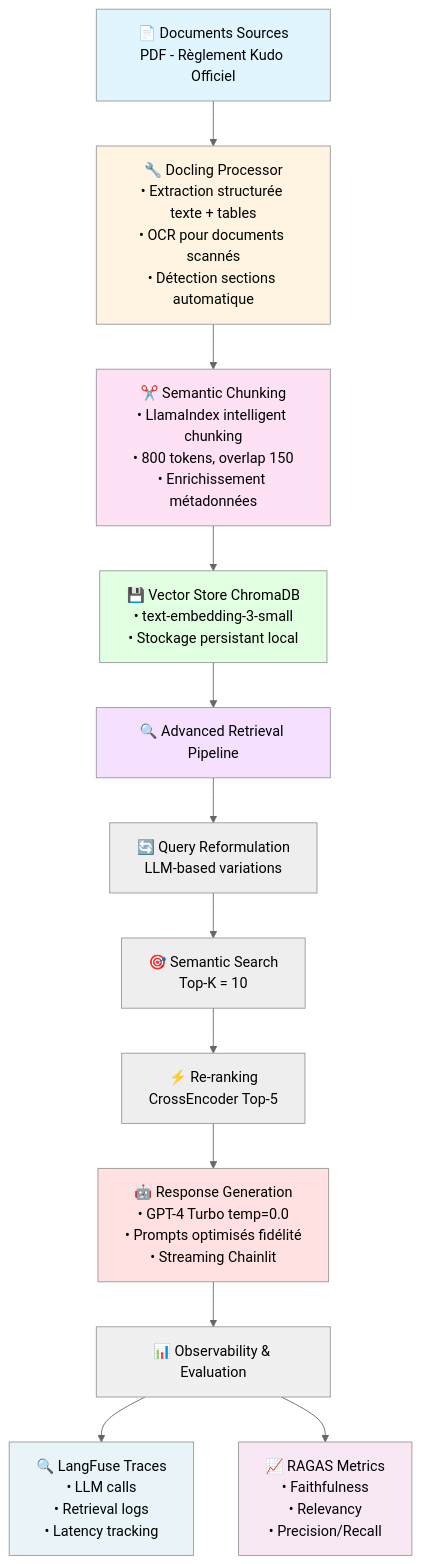
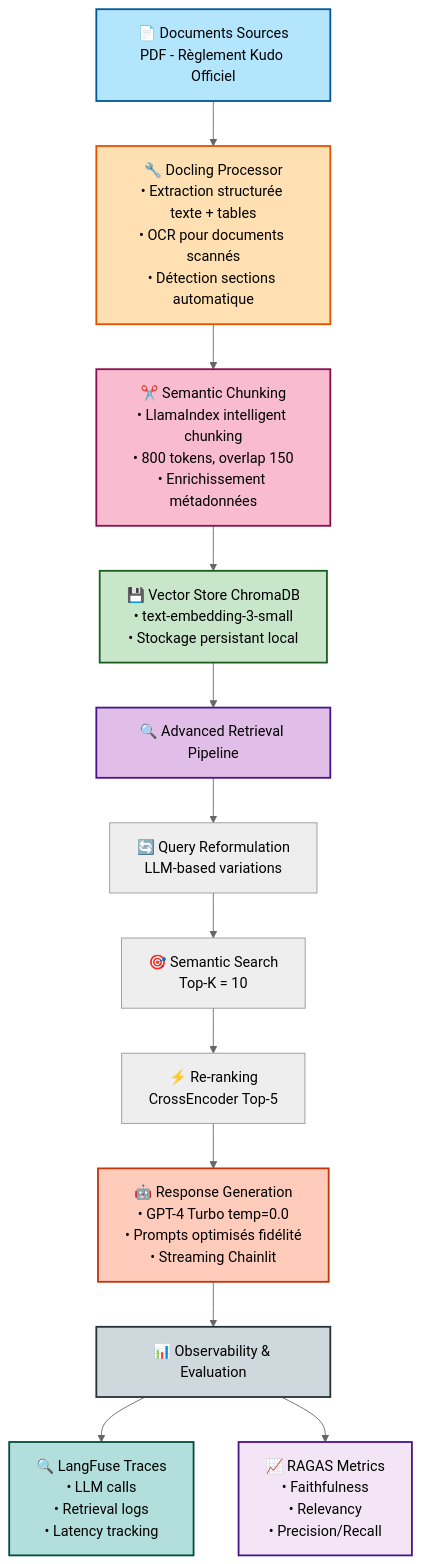
The diagram in README.md (dlakisic/RAG-Kudo), drawn with Mermaid (neutral theme) before and after one commit.

Commit message:
docs: improve Mermaid diagram contrast and readability
- Change text color from light gray to black for better readability
- Add colored borders (2px) matching each component theme
- Use slightly more saturated background colors
- Improve overall visual contrast on GitHub

````diff
--- a/README.md
+++ b/README.md
@@ -25,31 +25,31 @@
 ```mermaid
 graph TB
     A[📄 Documents Sources<br/>PDF - Règlement Kudo Officiel] --> B[🔧 Docling Processor<br/>• Extraction structurée texte + tables<br/>• OCR pour documents scannés<br/>• Détection sections automatique]
 
     B --> C[✂️ Semantic Chunking<br/>• LlamaIndex intelligent chunking<br/>• 800 tokens, overlap 150<br/>• Enrichissement métadonnées]
 
     C --> D[💾 Vector Store ChromaDB<br/>• text-embedding-3-small<br/>• Stockage persistant local]
 
     D --> E[🔍 Advanced Retrieval Pipeline]
 
     E --> E1[🔄 Query Reformulation<br/>LLM-based variations]
     E1 --> E2[🎯 Semantic Search<br/>Top-K = 10]
     E2 --> E3[⚡ Re-ranking<br/>CrossEncoder Top-5]
 
     E3 --> F[🤖 Response Generation<br/>• GPT-4 Turbo temp=0.0<br/>• Prompts optimisés fidélité<br/>• Streaming Chainlit]
 
     F --> G[📊 Observability & Evaluation]
 
     G --> G1[🔍 LangFuse Traces<br/>• LLM calls<br/>• Retrieval logs<br/>• Latency tracking]
     G --> G2[📈 RAGAS Metrics<br/>• Faithfulness<br/>• Relevancy<br/>• Precision/Recall]
 
-    style A fill:#e1f5ff
-    style B fill:#fff4e1
-    style C fill:#ffe1f5
-    style D fill:#e1ffe1
-    style E fill:#f5e1ff
-    style F fill:#ffe1e1
-    style G fill:#f0f0f0
-    style G1 fill:#e8f4f8
-    style G2 fill:#f8e8f4
+    style A fill:#b3e5fc,stroke:#01579b,stroke-width:2px,color:#000
+    style B fill:#ffe0b2,stroke:#e65100,stroke-width:2px,color:#000
+    style C fill:#f8bbd0,stroke:#880e4f,stroke-width:2px,color:#000
+    style D fill:#c8e6c9,stroke:#1b5e20,stroke-width:2px,color:#000
+    style E fill:#e1bee7,stroke:#4a148c,stroke-width:2px,color:#000
+    style F fill:#ffccbc,stroke:#bf360c,stroke-width:2px,color:#000
+    style G fill:#cfd8dc,stroke:#263238,stroke-width:2px,color:#000
+    style G1 fill:#b2dfdb,stroke:#004d40,stroke-width:2px,color:#000
+    style G2 fill:#f3e5f5,stroke:#4a148c,stroke-width:2px,color:#000
 ```
````
